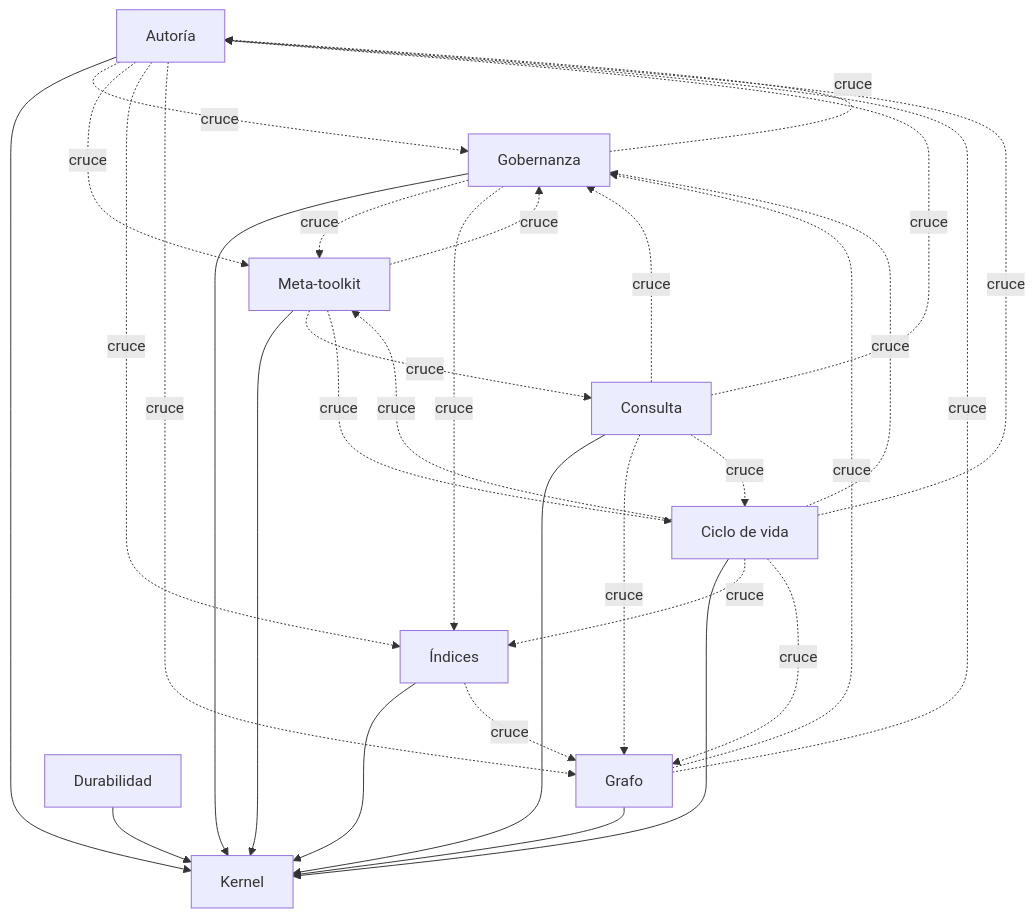
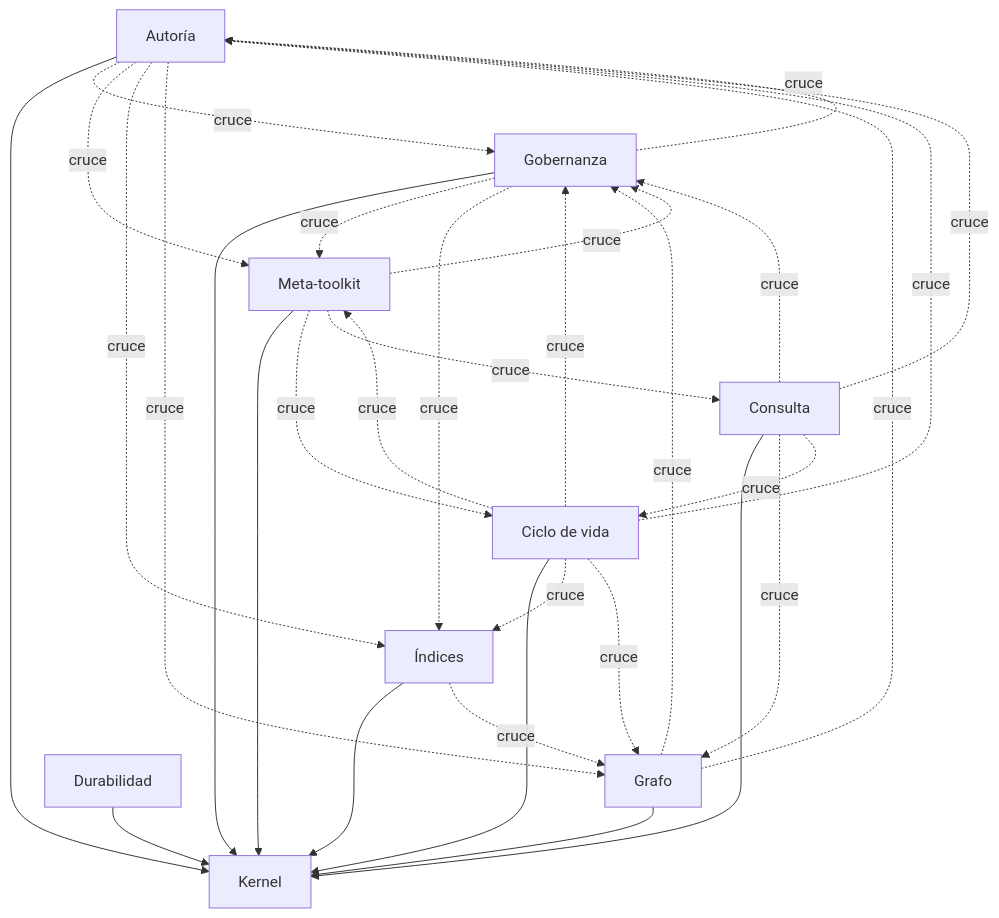
One commit to devcicm/Vault-Obsidian-Architecture changed the diagram in docs/ARQUITECTURA.md. Above: the diagram before and after it, drawn with Mermaid. The commit also changed other lines of this file and 54 other files, not shown here.

````diff
--- a/docs/ARQUITECTURA.md
+++ b/docs/ARQUITECTURA.md
@@ -17,42 +17,42 @@
 ```mermaid
 graph TD
     kernel["Kernel"]
     autoria["Autoría"]
     grafo["Grafo"]
     gobernanza["Gobernanza"]
     indices["Índices"]
     consulta["Consulta"]
     ciclo_de_vida["Ciclo de vida"]
     durabilidad["Durabilidad"]
     meta_toolkit["Meta-toolkit"]
     autoria --> kernel
     grafo --> kernel
     gobernanza --> kernel
     indices --> kernel
     consulta --> kernel
     ciclo_de_vida --> kernel
     durabilidad --> kernel
     meta_toolkit --> kernel
     autoria -.->|cruce| gobernanza
+    meta_toolkit -.->|cruce| ciclo_de_vida
     grafo -.->|cruce| gobernanza
     grafo -.->|cruce| autoria
     consulta -.->|cruce| autoria
     meta_toolkit -.->|cruce| gobernanza
     meta_toolkit -.->|cruce| consulta
     gobernanza -.->|cruce| meta_toolkit
     gobernanza -.->|cruce| indices
     gobernanza -.->|cruce| autoria
     ciclo_de_vida -.->|cruce| gobernanza
     ciclo_de_vida -.->|cruce| indices
     ciclo_de_vida -.->|cruce| autoria
     consulta -.->|cruce| gobernanza
     ciclo_de_vida -.->|cruce| grafo
-    meta_toolkit -.->|cruce| ciclo_de_vida
     ciclo_de_vida -.->|cruce| meta_toolkit
     consulta -.->|cruce| grafo
     autoria -.->|cruce| meta_toolkit
     autoria -.->|cruce| indices
     autoria -.->|cruce| grafo
     consulta -.->|cruce| ciclo_de_vida
     indices -.->|cruce| grafo
 ```
````
